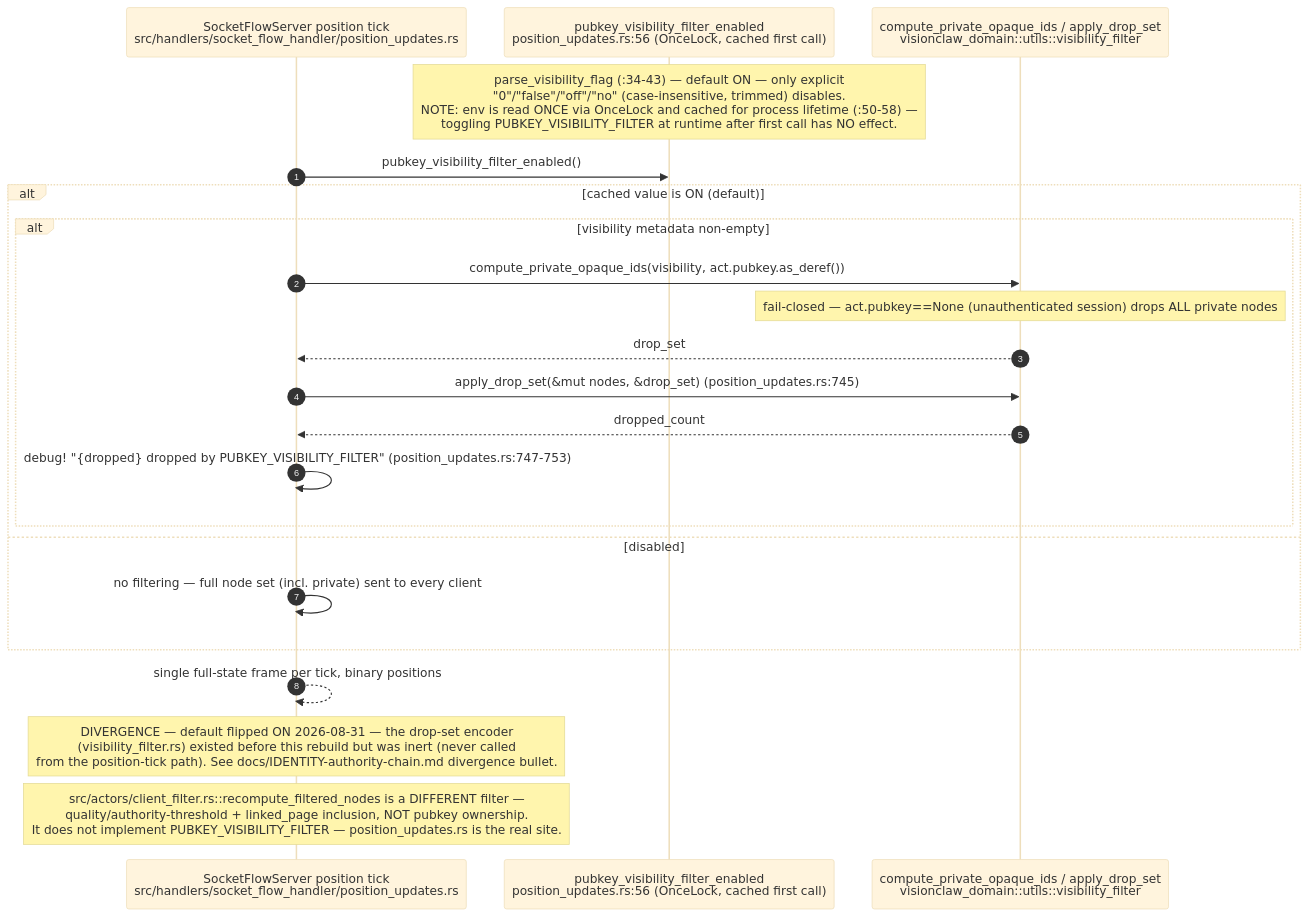
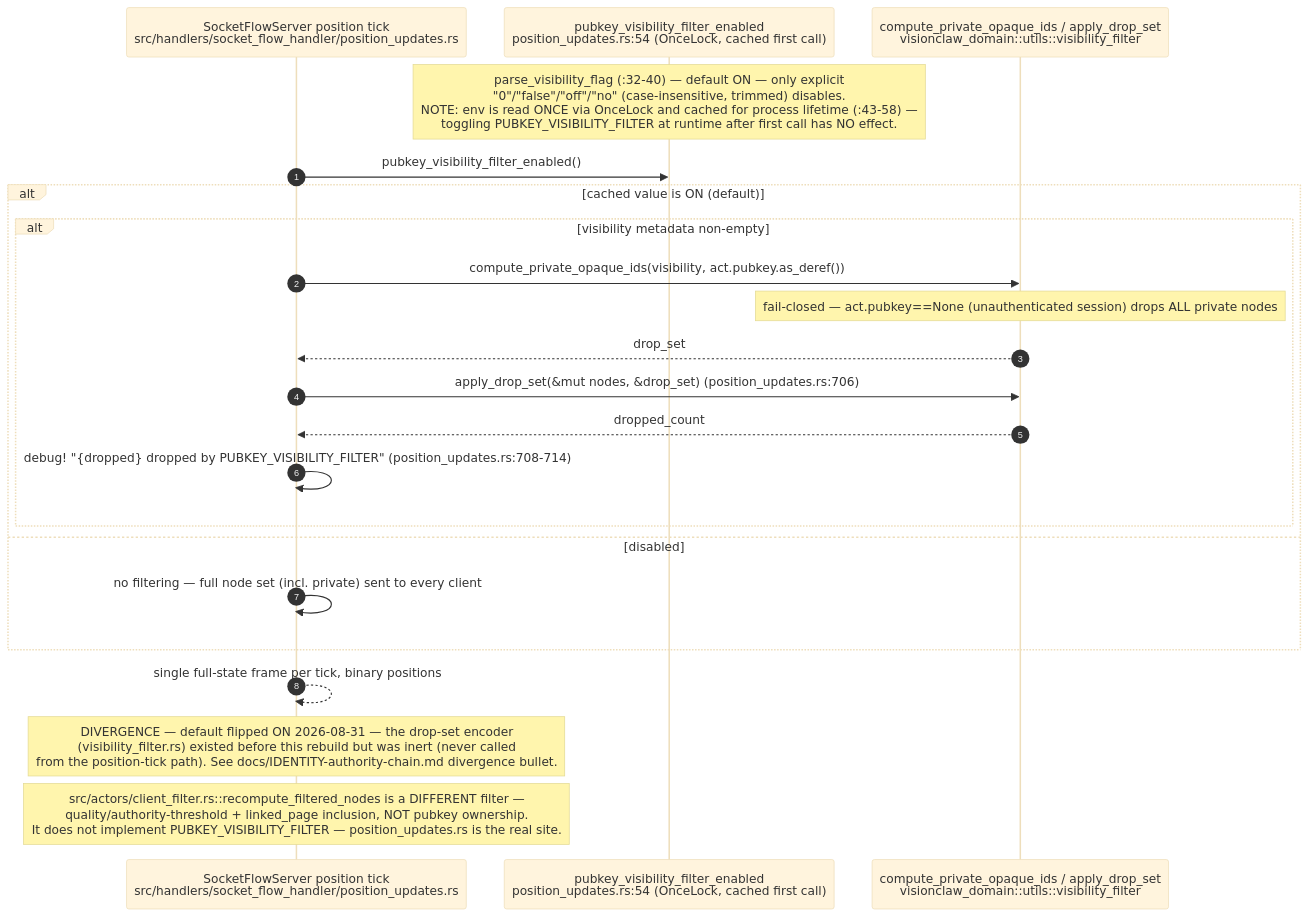
One commit to DreamLab-AI/VisionFlow changed the ninth of 14 diagrams in docs/diagrams/visionclaw/03-request-lifecycle-and-rbac.md. Above: the diagram before and after it, drawn with Mermaid (base theme). The commit also changed other lines of this file and 20 other files, not shown here.

Commit message:
docs(diagrams): reflect the S-3, S-7c/d/f and S-4(3) fixes in the corpus

````diff
--- a/docs/diagrams/visionclaw/03-request-lifecycle-and-rbac.md
+++ b/docs/diagrams/visionclaw/03-request-lifecycle-and-rbac.md
@@ -414,25 +448,25 @@
 ```mermaid
 sequenceDiagram
     autonumber
     participant WS as SocketFlowServer position tick<br/>src/handlers/socket_flow_handler/position_updates.rs
-    participant EF as pubkey_visibility_filter_enabled<br/>position_updates.rs:56 (OnceLock, cached first call)
+    participant EF as pubkey_visibility_filter_enabled<br/>position_updates.rs:54 (OnceLock, cached first call)
     participant VF as compute_private_opaque_ids / apply_drop_set<br/>visionclaw_domain::utils::visibility_filter
 
-    Note over EF: parse_visibility_flag (:34-43) — default ON — only explicit<br/>"0"/"false"/"off"/"no" (case-insensitive, trimmed) disables.<br/>NOTE: env is read ONCE via OnceLock and cached for process lifetime (:50-58) —<br/>toggling PUBKEY_VISIBILITY_FILTER at runtime after first call has NO effect.
+    Note over EF: parse_visibility_flag (:32-40) — default ON — only explicit<br/>"0"/"false"/"off"/"no" (case-insensitive, trimmed) disables.<br/>NOTE: env is read ONCE via OnceLock and cached for process lifetime (:43-58) —<br/>toggling PUBKEY_VISIBILITY_FILTER at runtime after first call has NO effect.
     WS->>EF: pubkey_visibility_filter_enabled()
     alt cached value is ON (default)
         alt visibility metadata non-empty
             WS->>VF: compute_private_opaque_ids(visibility, act.pubkey.as_deref())
             Note over VF: fail-closed — act.pubkey==None (unauthenticated session) drops ALL private nodes
             VF-->>WS: drop_set
-            WS->>VF: apply_drop_set(&mut nodes, &drop_set) (position_updates.rs:745)
+            WS->>VF: apply_drop_set(&mut nodes, &drop_set) (position_updates.rs:706)
             VF-->>WS: dropped_count
-            WS->>WS: debug! "{dropped} dropped by PUBKEY_VISIBILITY_FILTER" (position_updates.rs:747-753)
+            WS->>WS: debug! "{dropped} dropped by PUBKEY_VISIBILITY_FILTER" (position_updates.rs:708-714)
         end
     else disabled
         WS->>WS: no filtering — full node set (incl. private) sent to every client
     end
     WS-->>WS: single full-state frame per tick, binary positions
     Note over WS: DIVERGENCE — default flipped ON 2026-08-31 — the drop-set encoder<br/>(visibility_filter.rs) existed before this rebuild but was inert (never called<br/>from the position-tick path). See docs/IDENTITY-authority-chain.md divergence bullet.
     Note over WS: src/actors/client_filter.rs::recompute_filtered_nodes is a DIFFERENT filter —<br/>quality/authority-threshold + linked_page inclusion, NOT pubkey ownership.<br/>It does not implement PUBKEY_VISIBILITY_FILTER — position_updates.rs is the real site.
 ```
````
